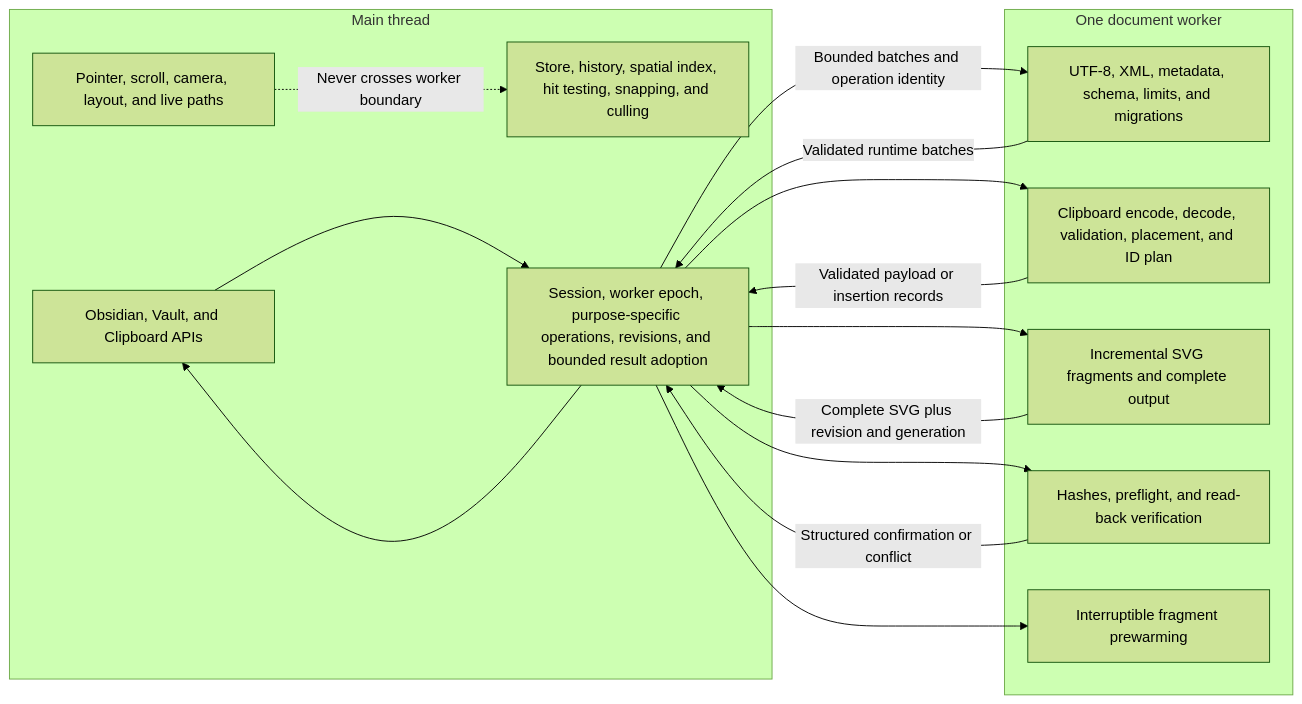
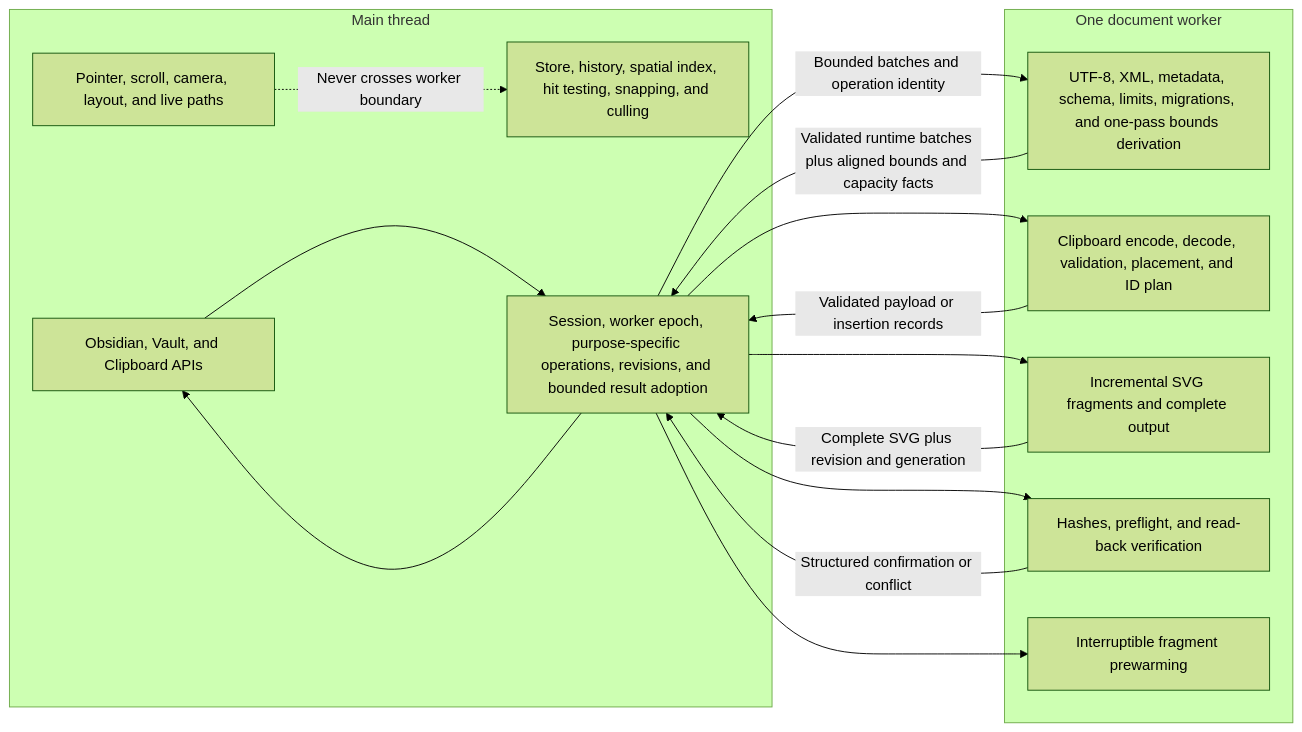
Before and after one commit to boommasterxd/inkbook: the seventh of 8 diagrams in docs/architecture-flows.md, drawn with Mermaid (forest theme). The commit also changed other lines of this file and 93 other files, not shown here.

````diff
--- a/docs/architecture-flows.md
+++ b/docs/architecture-flows.md
@@ -258,30 +280,30 @@
 ```mermaid
 flowchart LR
   subgraph main["Main thread"]
     hostApis["Obsidian, Vault, and Clipboard APIs"]
     input["Pointer, scroll, camera, layout, and live paths"]
     model["Store, history, spatial index, hit testing, snapping, and culling"]
     orchestration["Session, worker epoch, purpose-specific operations, revisions, and bounded result adoption"]
   end
 
   subgraph documentWorker["One document worker"]
-    unlock["UTF-8, XML, metadata, schema, limits, and migrations"]
+    unlock["UTF-8, XML, metadata, schema, limits, migrations, and one-pass bounds derivation"]
     clipboard["Clipboard encode, decode, validation, placement, and ID plan"]
     export["Incremental SVG fragments and complete output"]
     verification["Hashes, preflight, and read-back verification"]
     background["Interruptible fragment prewarming"]
   end
 
   orchestration -->|"Bounded batches and operation identity"| unlock
   orchestration --> clipboard
   orchestration --> export
   orchestration --> verification
   orchestration --> background
-  unlock -->|"Validated runtime batches"| orchestration
+  unlock -->|"Validated runtime batches plus aligned bounds and capacity facts"| orchestration
   clipboard -->|"Validated payload or insertion records"| orchestration
   export -->|"Complete SVG plus revision and generation"| orchestration
   verification -->|"Structured confirmation or conflict"| orchestration
   hostApis --> orchestration
   orchestration --> hostApis
   input -. "Never crosses worker boundary" .-> model
 ```
````
